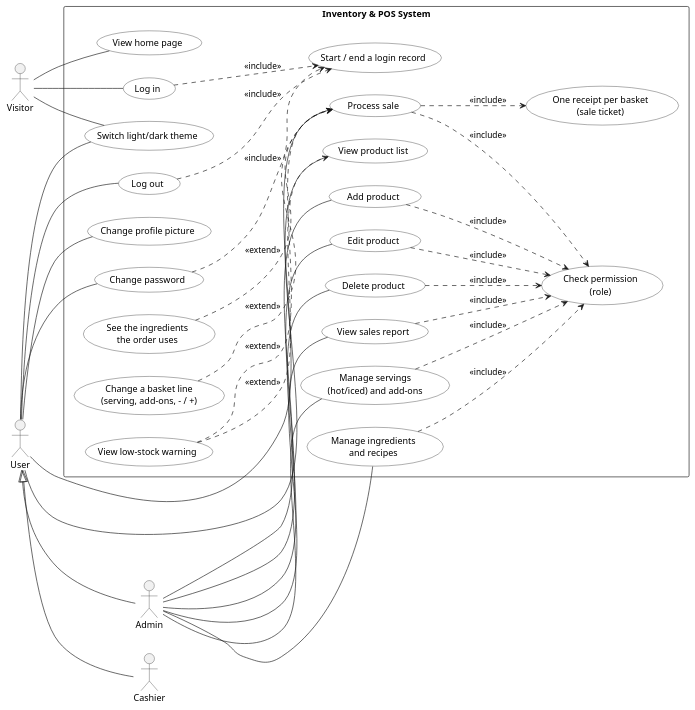
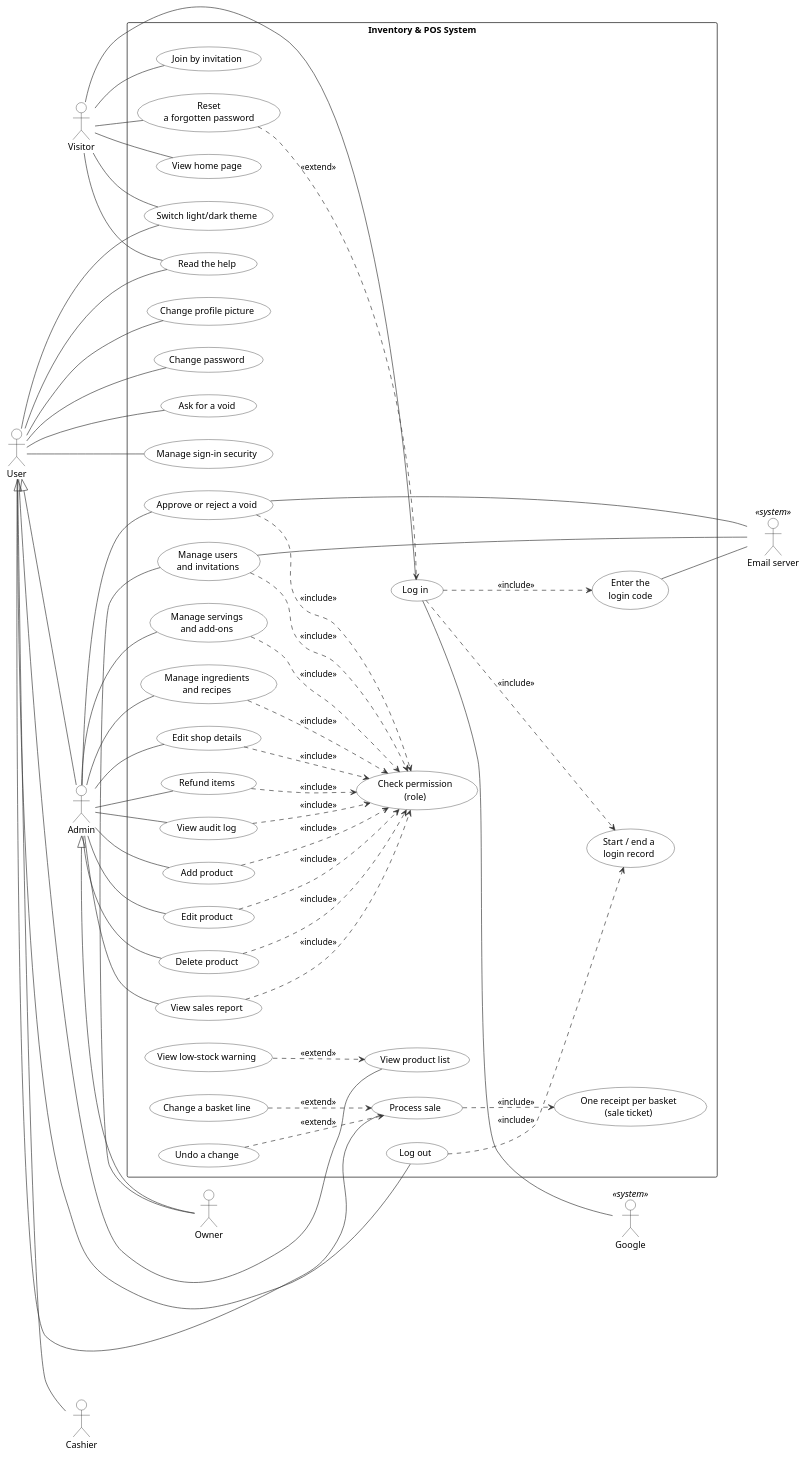
The diagram in diagrams/use_case_diagram.puml (JmlAsync/inventory-pos-system), drawn with PlantUML before and after one commit. The commit also changed 82 other files, not shown here.

```diff
--- a/diagrams/use_case_diagram.puml
+++ b/diagrams/use_case_diagram.puml
@@ -1,79 +1,135 @@
 @startuml
-' Use case diagram - Inventory & POS System (v0.20.4, redrawn 2026-10-12: all use cases built)
-' Paste into draw.io (Arrange > Insert > Advanced > PlantUML) or planttext.com
-' Lines starting with an apostrophe are comments and are not drawn.
-
-left to right direction
-skinparam packageStyle rectangle
+' Use case diagram (all use cases) - Inventory & POS System v0.32.0 (report, Lecture 5-7; redrawn 2026-10-27)
+' Edit: paste into draw.io (Arrange > Insert > Advanced > PlantUML) or planttext.com
+skinparam defaultFontName Arial
+skinparam shadowing false
+skinparam ArrowColor #333333
+skinparam rectangle {
+  BackgroundColor White
+  BorderColor Black
+}
 skinparam usecase {
   BackgroundColor White
   BorderColor Black
 }
+skinparam class {
+  BackgroundColor White
+  BorderColor Black
+  HeaderBackgroundColor #E6F1EE
+}
+skinparam activity {
+  BackgroundColor White
+  BorderColor Black
+}
+skinparam state {
+  BackgroundColor White
+  BorderColor Black
+}
+skinparam sequence {
+  ParticipantBackgroundColor White
+  ParticipantBorderColor Black
+  LifeLineBorderColor #888888
+  ActorBorderColor Black
+  ActorBackgroundColor White
+}
+skinparam note {
+  BackgroundColor #FFFBEA
+  BorderColor #C9B458
+}
+skinparam swimlaneWidth same
+hide circle
 
+left to right direction
 actor Visitor
 actor User
+actor Cashier
 actor Admin
-actor Cashier
-
-' Generalization: Admin and Cashier are kinds of User
+actor Owner
+actor "Email server" as Mail <<system>>
+actor "Google" as Google <<system>>
+User <|-- Cashier
 User <|-- Admin
-User <|-- Cashier
-
+Admin <|-- Owner
 rectangle "Inventory & POS System" {
   usecase "View home page" as UC01
   usecase "Log in" as UC02
   usecase "Log out" as UC03
   usecase "View product list" as UC04
   usecase "Add product" as UC05
   usecase "Edit product" as UC06
   usecase "Delete product" as UC07
-  usecase "Check permission\n(role)" as CHK
   usecase "Process sale" as UC08
   usecase "View low-stock warning" as UC09
   usecase "View sales report" as UC10
   usecase "Change profile picture" as UC11
   usecase "Switch light/dark theme" as UC12
   usecase "Change password" as UC13
-  usecase "Manage servings\n(hot/iced) and add-ons" as UC14
+  usecase "Manage servings\nand add-ons" as UC14
   usecase "Manage ingredients\nand recipes" as UC15
-  usecase "Change a basket line\n(serving, add-ons, - / +)" as EXT1
-  usecase "See the ingredients\nthe order uses" as EXT2
-  usecase "One receipt per basket\n(sale ticket)" as INC1
-  usecase "Start / end a login record" as INC2
+  usecase "Edit shop details" as UC16
+  usecase "Manage users\nand invitations" as UC17
+  usecase "Join by invitation" as UC18
+  usecase "Ask for a void" as UC19
+  usecase "Approve or reject a void" as UC20
+  usecase "Refund items" as UC21
+  usecase "View audit log" as UC22
+  usecase "Reset\na forgotten password" as UC23
+  usecase "Read the help" as UC24
+  usecase "Manage sign-in security" as UC25
+  usecase "Check permission\n(role)" as CHK
+  usecase "Enter the\nlogin code" as CODE
+  usecase "Start / end a\nlogin record" as REC
+  usecase "One receipt per basket\n(sale ticket)" as TICKET
+  usecase "Change a basket line" as LINE
+  usecase "Undo a change" as UNDO
 }
-
 Visitor -- UC01
 Visitor -- UC02
 Visitor -- UC12
-
+Visitor -- UC18
+Visitor -- UC23
+Visitor -- UC24
 User -- UC03
 User -- UC04
 User -- UC08
 User -- UC11
 User -- UC12
 User -- UC13
-
+User -- UC19
+User -- UC24
+User -- UC25
 Admin -- UC05
 Admin -- UC06
 Admin -- UC07
 Admin -- UC10
 Admin -- UC14
 Admin -- UC15
-
+Admin -- UC16
+Admin -- UC20
+Admin -- UC21
+Admin -- UC22
+Owner -- UC17
 UC05 ..> CHK : <<include>>
 UC06 ..> CHK : <<include>>
 UC07 ..> CHK : <<include>>
-UC08 ..> CHK : <<include>>
 UC10 ..> CHK : <<include>>
 UC14 ..> CHK : <<include>>
 UC15 ..> CHK : <<include>>
-
+UC16 ..> CHK : <<include>>
+UC20 ..> CHK : <<include>>
+UC21 ..> CHK : <<include>>
+UC22 ..> CHK : <<include>>
+UC17 ..> CHK : <<include>>
+UC02 ..> CODE : <<include>>
+UC02 ..> REC : <<include>>
+UC03 ..> REC : <<include>>
+UC08 ..> TICKET : <<include>>
+LINE ..> UC08 : <<extend>>
+UNDO ..> UC08 : <<extend>>
 UC09 ..> UC04 : <<extend>>
-UC09 ..> UC08 : <<extend>>
-EXT1 ..> UC08 : <<extend>>
-EXT2 ..> UC08 : <<extend>>
-UC08 ..> INC1 : <<include>>
-UC02 ..> INC2 : <<include>>
-UC03 ..> INC2 : <<include>>
-UC13 ..> INC2 : <<include>>
+UC23 ..> UC02 : <<extend>>
+CODE -- Mail
+UC17 -- Mail
+UC20 -- Mail
+UC02 -- Google
 @enduml
```
